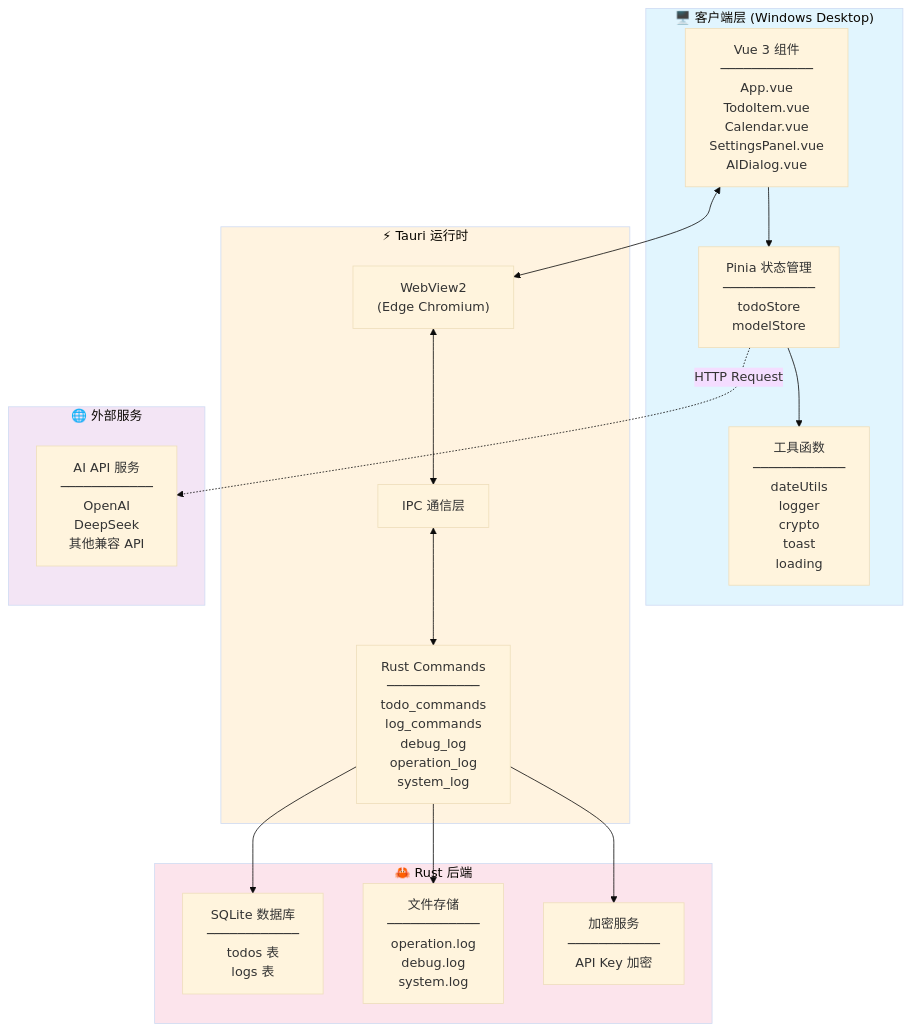
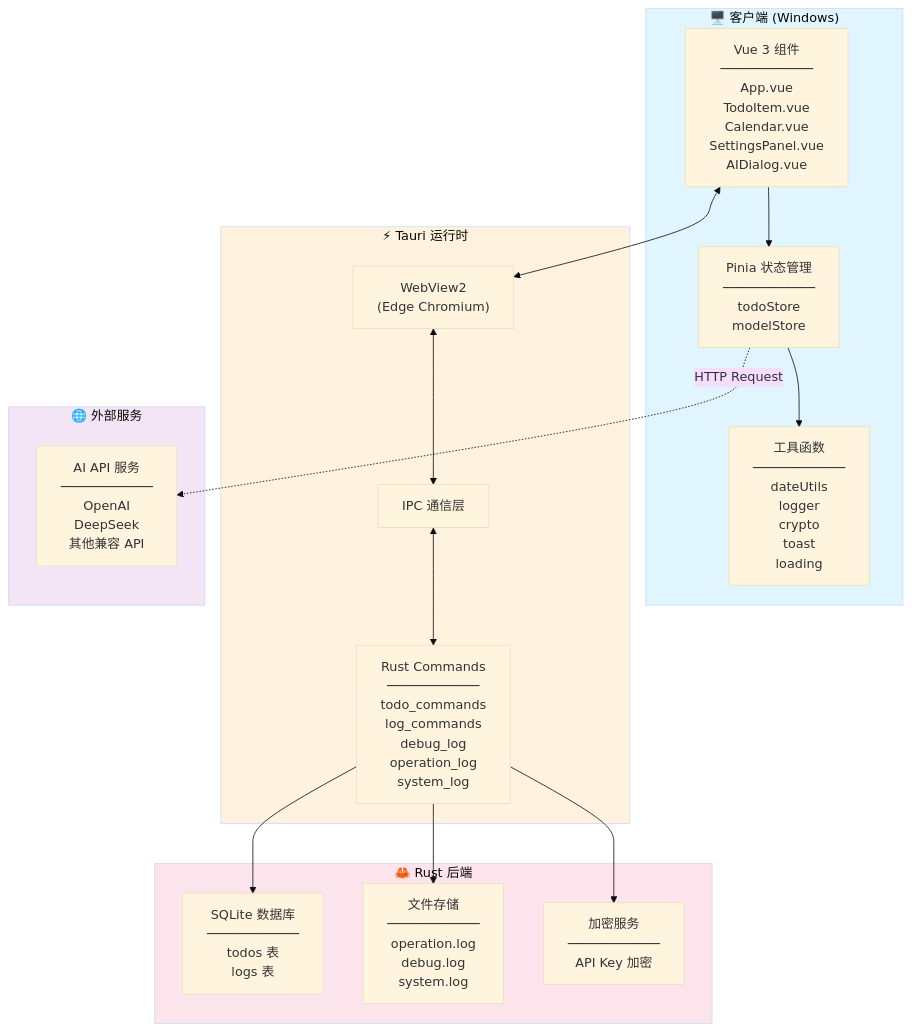
The first of 3 diagrams in README.md (Yuuine/LiteDo), drawn with Mermaid (base theme) before and after one commit. The commit also changed 2 other files, not shown here.

Commit message:
docs: update documentation and AI prompt specifications

````diff
--- a/README.md
+++ b/README.md
@@ -151,39 +151,39 @@
 ```mermaid
 flowchart TB
-    subgraph Client["🖥️ 客户端层 (Windows Desktop)"]
+    subgraph Client["🖥️ 客户端 (Windows)"]
         UI["Vue 3 组件<br/>────────────<br/>App.vue<br/>TodoItem.vue<br/>Calendar.vue<br/>SettingsPanel.vue<br/>AIDialog.vue"]
         Store["Pinia 状态管理<br/>────────────<br/>todoStore<br/>modelStore"]
         Utils["工具函数<br/>────────────<br/>dateUtils<br/>logger<br/>crypto<br/>toast<br/>loading"]
     end
 
     subgraph Tauri["⚡ Tauri 运行时"]
         WebView["WebView2<br/>(Edge Chromium)"]
         IPC["IPC 通信层"]
         Commands["Rust Commands<br/>────────────<br/>todo_commands<br/>log_commands<br/>debug_log<br/>operation_log<br/>system_log"]
     end
 
     subgraph Backend["🦀 Rust 后端"]
         Database["SQLite 数据库<br/>────────────<br/>todos 表<br/>logs 表"]
         FileStorage["文件存储<br/>────────────<br/>operation.log<br/>debug.log<br/>system.log"]
         CryptoService["加密服务<br/>────────────<br/>API Key 加密"]
     end
 
     subgraph External["🌐 外部服务"]
         AI["AI API 服务<br/>────────────<br/>OpenAI<br/>DeepSeek<br/>其他兼容 API"]
     end
 
     UI --> Store
     Store --> Utils
     UI <--> WebView
     WebView <--> IPC
     IPC <--> Commands
     Commands --> Database
     Commands --> FileStorage
     Commands --> CryptoService
     Store -.->|"HTTP Request"| AI
 
     style Client fill:#e1f5fe
     style Tauri fill:#fff3e0
     style Backend fill:#fce4ec
     style External fill:#f3e5f5
 ```
````
